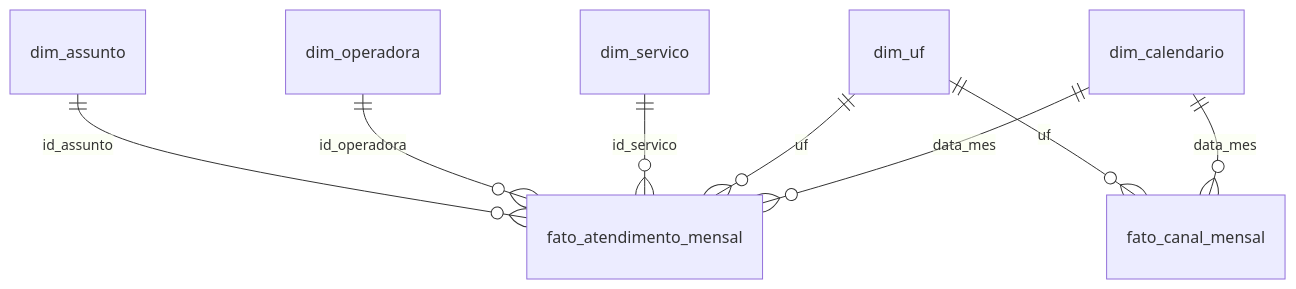
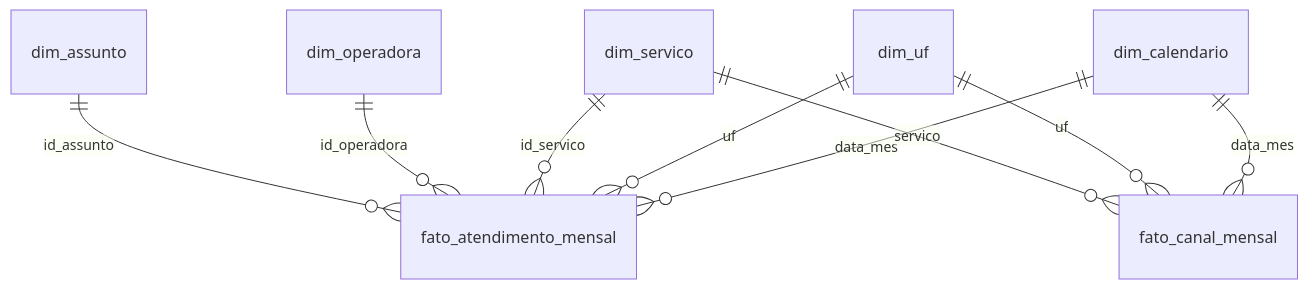
Before and after one commit to lucasaccardo/radar-atendimento-consumidor: the diagram in powerbi/README.md, drawn with Mermaid. The commit also changed other lines of this file and 4 other files, not shown here.

````diff
--- a/powerbi/README.md
+++ b/powerbi/README.md
@@ -12,10 +14,11 @@
 ```mermaid
 erDiagram
     dim_calendario ||--o{ fato_atendimento_mensal : data_mes
     dim_uf ||--o{ fato_atendimento_mensal : uf
     dim_servico ||--o{ fato_atendimento_mensal : id_servico
     dim_operadora ||--o{ fato_atendimento_mensal : id_operadora
     dim_assunto ||--o{ fato_atendimento_mensal : id_assunto
     dim_calendario ||--o{ fato_canal_mensal : data_mes
     dim_uf ||--o{ fato_canal_mensal : uf
+    dim_servico ||--o{ fato_canal_mensal : servico
 ```
````
